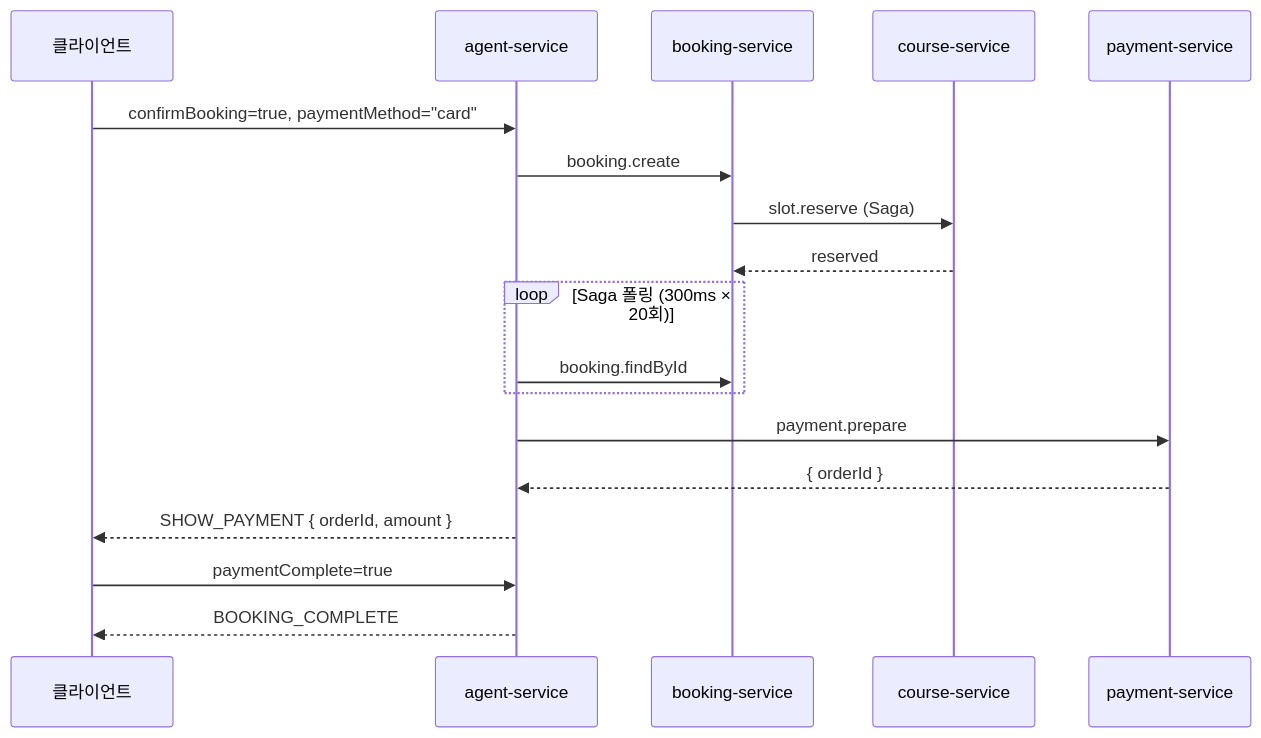
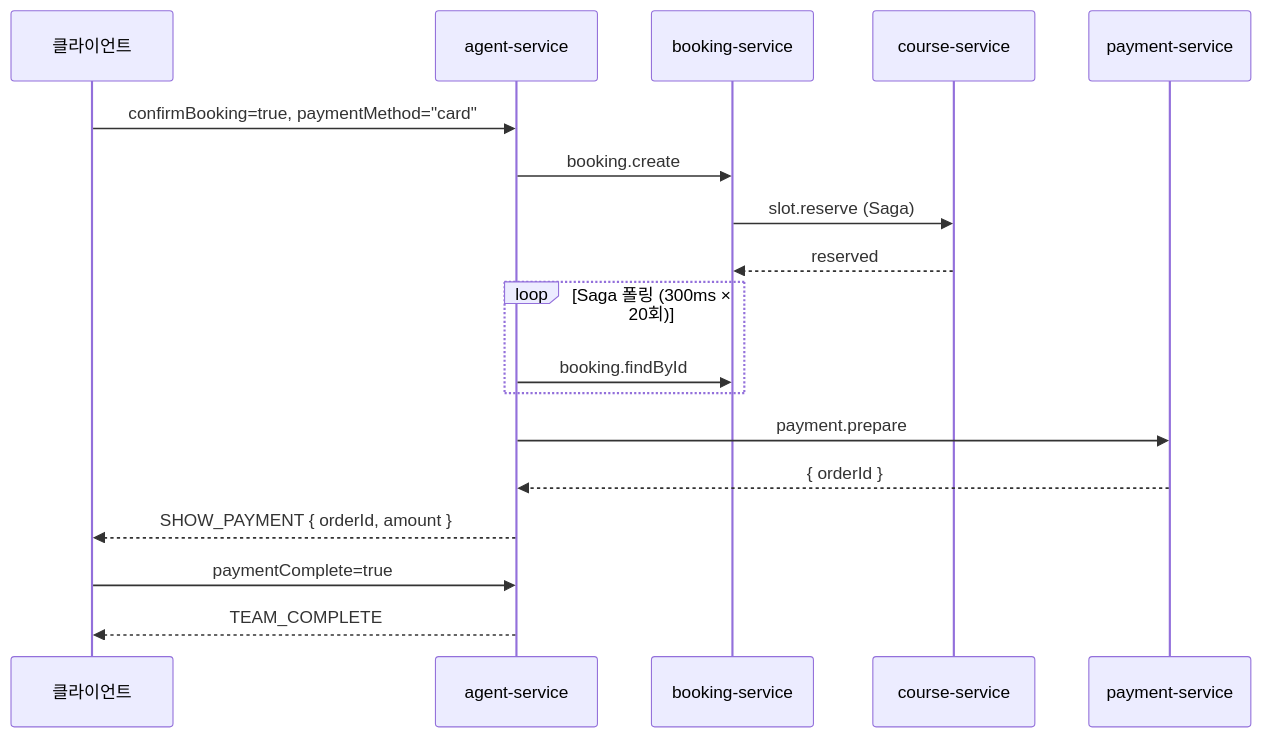
One commit to uniyous/parkgolf-platform changed the second of 3 diagrams in docs/workflow/AGENT.md. Above: the diagram before and after it, drawn with Mermaid. The commit also changed other lines of this file, not shown here.

First line of the commit message:
docs(agent): AGENT.md 통합 예약 플로우로 전면 개편

````diff
--- a/docs/workflow/AGENT.md
+++ b/docs/workflow/AGENT.md
@@ -305,23 +329,23 @@
 ```mermaid
 sequenceDiagram
     participant App as 클라이언트
     participant Agent as agent-service
     participant Book as booking-service
     participant Course as course-service
     participant Pay as payment-service
 
     App->>Agent: confirmBooking=true, paymentMethod="card"
     Agent->>Book: booking.create
     Book->>Course: slot.reserve (Saga)
     Course-->>Book: reserved
 
     loop Saga 폴링 (300ms × 20회)
         Agent->>Book: booking.findById
     end
 
     Agent->>Pay: payment.prepare
     Pay-->>Agent: { orderId }
     Agent-->>App: SHOW_PAYMENT { orderId, amount }
     App->>Agent: paymentComplete=true
-    Agent-->>App: BOOKING_COMPLETE
+    Agent-->>App: TEAM_COMPLETE
 ```
````
